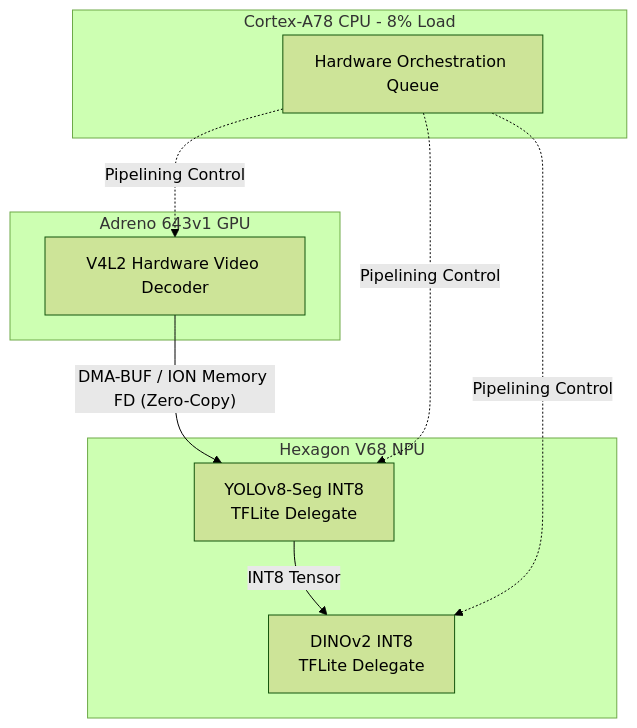
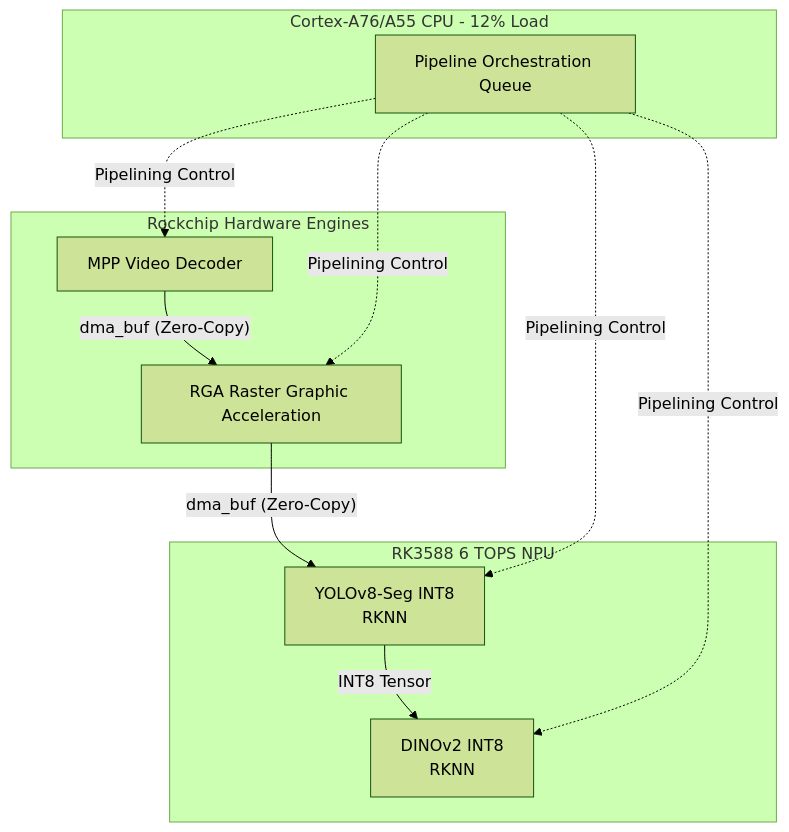
Before and after one commit to zok213/DAT1: the fifth of 5 diagrams in README.md, drawn with Mermaid (forest theme). The commit also changed other lines of this file and 3 other files, not shown here.

Commit message:
feat: Adapt optimization suite for Radxa CM5 (RK3588) with dma_buf and RKNN

````diff
--- a/README.md
+++ b/README.md
@@ -71,22 +61,25 @@
 ```mermaid
 graph TD
-    subgraph GPU [Adreno 643v1 GPU]
-        V4L2[V4L2 Hardware Video Decoder]
+    subgraph Hardware_Accelerators [Rockchip Hardware Engines]
+        MPP[MPP Video Decoder]
+        RGA[RGA Raster Graphic Acceleration]
     end
     
-    subgraph CPU [Cortex-A78 CPU - 8% Load]
-        Q[Hardware Orchestration Queue]
+    subgraph CPU [Cortex-A76/A55 CPU - 12% Load]
+        Q[Pipeline Orchestration Queue]
     end
     
-    subgraph DSP [Hexagon V68 NPU]
-        Y[YOLOv8-Seg INT8<br>TFLite Delegate]
-        D[DINOv2 INT8<br>TFLite Delegate]
+    subgraph NPU [RK3588 6 TOPS NPU]
+        Y[YOLOv8-Seg INT8<br>RKNN]
+        D[DINOv2 INT8<br>RKNN]
     end
     
-    V4L2 -- DMA-BUF / ION Memory FD (Zero-Copy) --> Y
+    MPP -- dma_buf (Zero-Copy) --> RGA
+    RGA -- dma_buf (Zero-Copy) --> Y
     Y -- INT8 Tensor --> D
     
-    Q -. Pipelining Control .-> V4L2
+    Q -. Pipelining Control .-> MPP
+    Q -. Pipelining Control .-> RGA
     Q -. Pipelining Control .-> Y
     Q -. Pipelining Control .-> D
 ```
````
